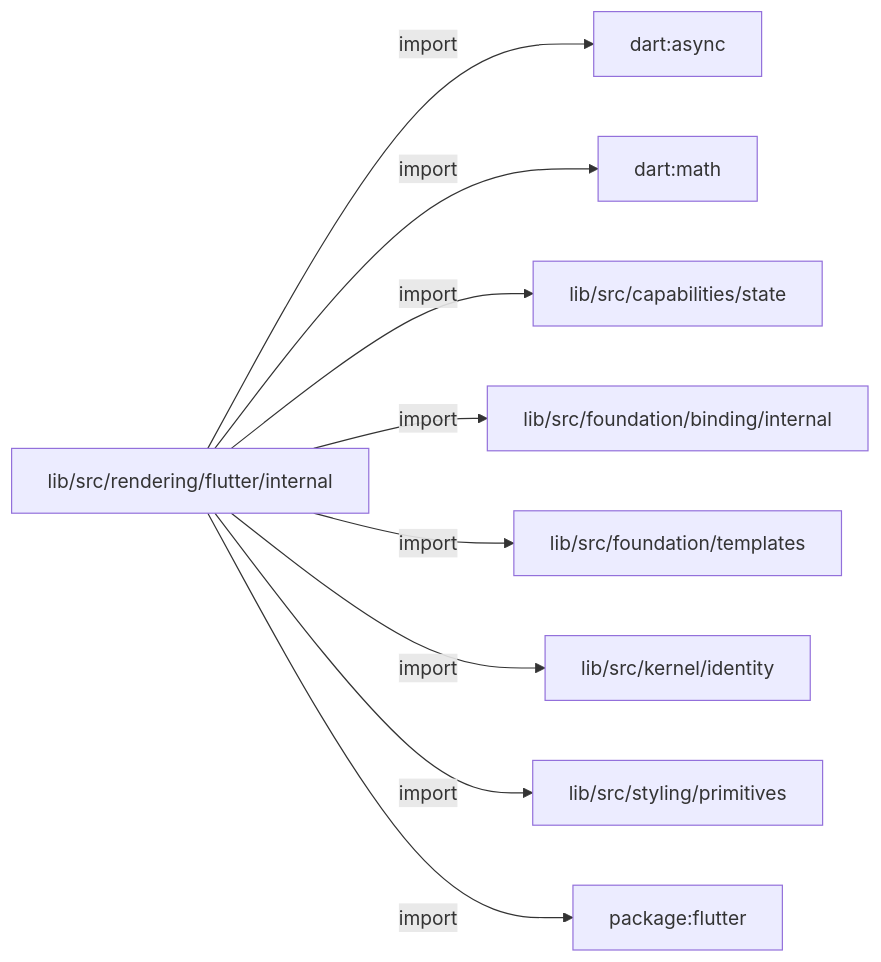
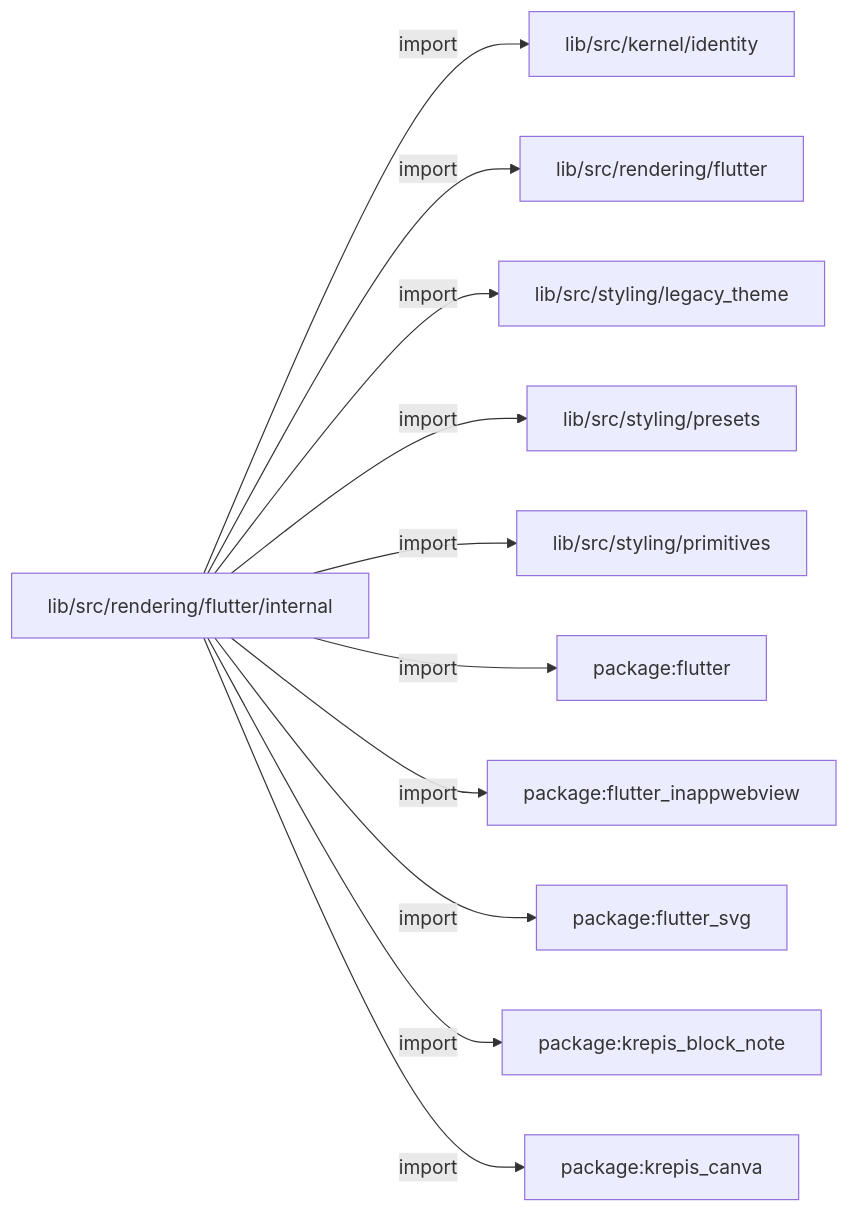
The third of 7 diagrams in docs/architecture/src/rendering/flutter/internal/README.md (MiuDog/Kallopis), drawn with Mermaid before and after one commit. The commit also changed other lines of this file and 2796 other files, not shown here.

````diff
--- a/docs/architecture/src/rendering/flutter/internal/README.md
+++ b/docs/architecture/src/rendering/flutter/internal/README.md
@@ -13,20 +67,24 @@
 ```mermaid
 flowchart LR
 	n0["lib/src/rendering/flutter/internal"]
-	n1["dart:async"]
-	n2["dart:math"]
-	n3["lib/src/capabilities/state"]
-	n4["lib/src/foundation/binding/internal"]
-	n5["lib/src/foundation/templates"]
-	n6["lib/src/kernel/identity"]
-	n7["lib/src/styling/primitives"]
-	n8["package:flutter"]
+	n1["lib/src/kernel/identity"]
+	n2["lib/src/rendering/flutter"]
+	n3["lib/src/styling/legacy_theme"]
+	n4["lib/src/styling/presets"]
+	n5["lib/src/styling/primitives"]
+	n6["package:flutter"]
+	n7["package:flutter_inappwebview"]
+	n8["package:flutter_svg"]
+	n9["package:krepis_block_note"]
+	n10["package:krepis_canva"]
 	n0 -->|"import"| n1
 	n0 -->|"import"| n2
 	n0 -->|"import"| n3
 	n0 -->|"import"| n4
 	n0 -->|"import"| n5
 	n0 -->|"import"| n6
 	n0 -->|"import"| n7
 	n0 -->|"import"| n8
+	n0 -->|"import"| n9
+	n0 -->|"import"| n10
 ```
````
